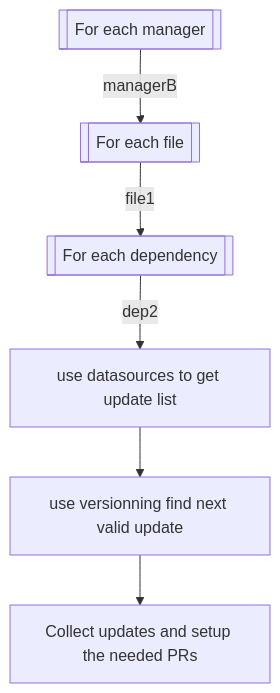
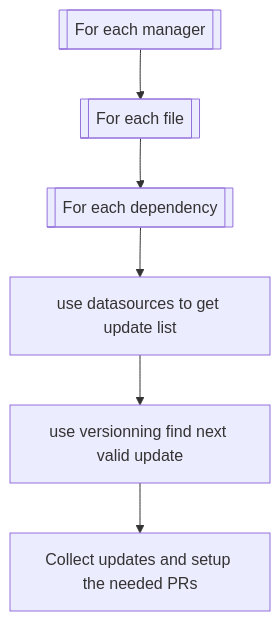
One commit to renovatebot/renovate changed the diagram in docs/usage/key-concepts/how-it-works.md. Above: the diagram before and after it, drawn with Mermaid.

Commit message:
Lighter basic graph

````diff
--- a/docs/usage/key-concepts/how-it-works.md
+++ b/docs/usage/key-concepts/how-it-works.md
@@ -31,13 +31,9 @@
 ```mermaid
 flowchart TD
-
   FEM[[For each manager]]
-  FEM -->|managerB| UFEF[[For each file]]
-  
-  UFEF -->|file1| FED[[For each dependency]]
-  
-  FED -->|dep2| DS[use datasources to get update list]
+  FEM --> FEF[[For each file]]
+  FEF --> FED[[For each dependency]]
+  FED --> DS[use datasources to get update list]
   DS --> VR[use versionning find next valid update]
-  
   VR --> PR[Collect updates and setup the needed PRs]
 ```
````
